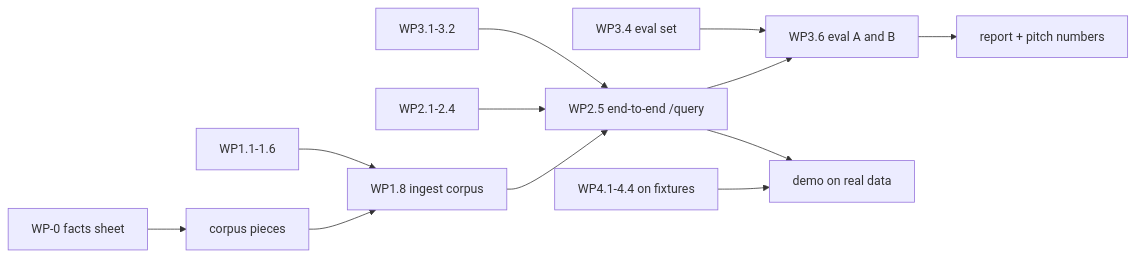
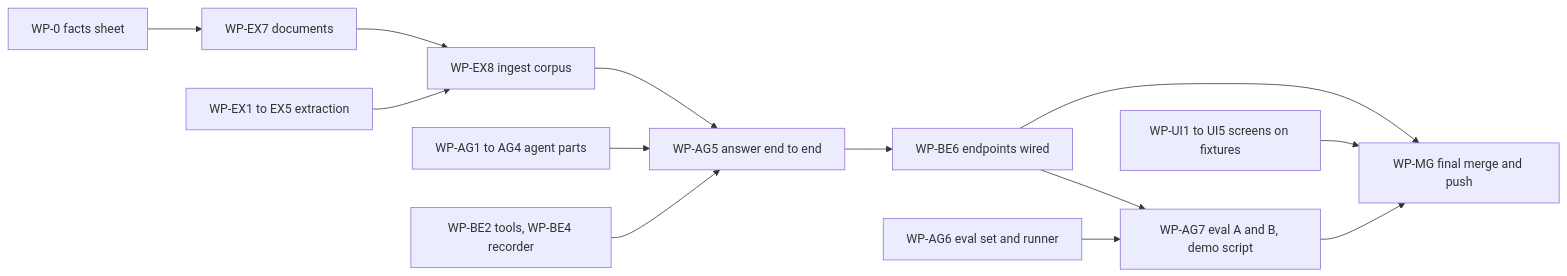
One commit to hem436/Sprinters changed the diagram in output/design/12_work_plan.md. Above: the diagram before and after it, drawn with Mermaid. The commit also changed other lines of this file and 14 other files, not shown here.

````diff
--- a/output/design/12_work_plan.md
+++ b/output/design/12_work_plan.md
@@ -95,13 +91,14 @@
 ```mermaid
 flowchart LR
-  W0[WP-0 facts sheet] --> D[corpus pieces] --> W18[WP1.8 ingest corpus]
-  W11[WP1.1-1.6] --> W18
-  W18 --> W25[WP2.5 end-to-end /query]
-  W21[WP2.1-2.4] --> W25
-  W31[WP3.1-3.2] --> W25
-  W25 --> W36[WP3.6 eval A and B]
-  W34[WP3.4 eval set] --> W36
-  W36 --> REP[report + pitch numbers]
-  W4[WP4.1-4.4 on fixtures] --> DEMO[demo on real data]
-  W25 --> DEMO
+  W0[WP-0 facts sheet] --> EX7[WP-EX7 documents] --> EX8[WP-EX8 ingest corpus]
+  EX1[WP-EX1 to EX5 extraction] --> EX8
+  EX8 --> AG5[WP-AG5 answer end to end]
+  AG1[WP-AG1 to AG4 agent parts] --> AG5
+  BE2[WP-BE2 tools, WP-BE4 recorder] --> AG5
+  AG5 --> BE6[WP-BE6 endpoints wired]
+  BE6 --> AG7[WP-AG7 eval A and B, demo script]
+  AG6[WP-AG6 eval set and runner] --> AG7
+  AG7 --> MG[WP-MG final merge and push]
+  UI[WP-UI1 to UI5 screens on fixtures] --> MG
+  BE6 --> MG
 ```
````
